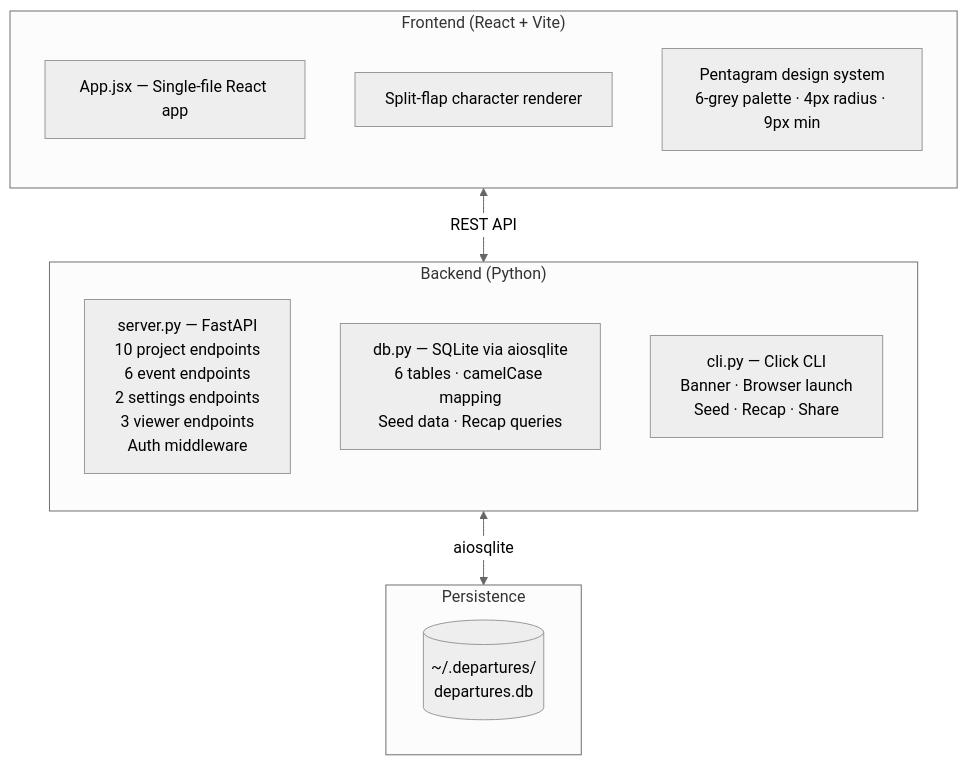
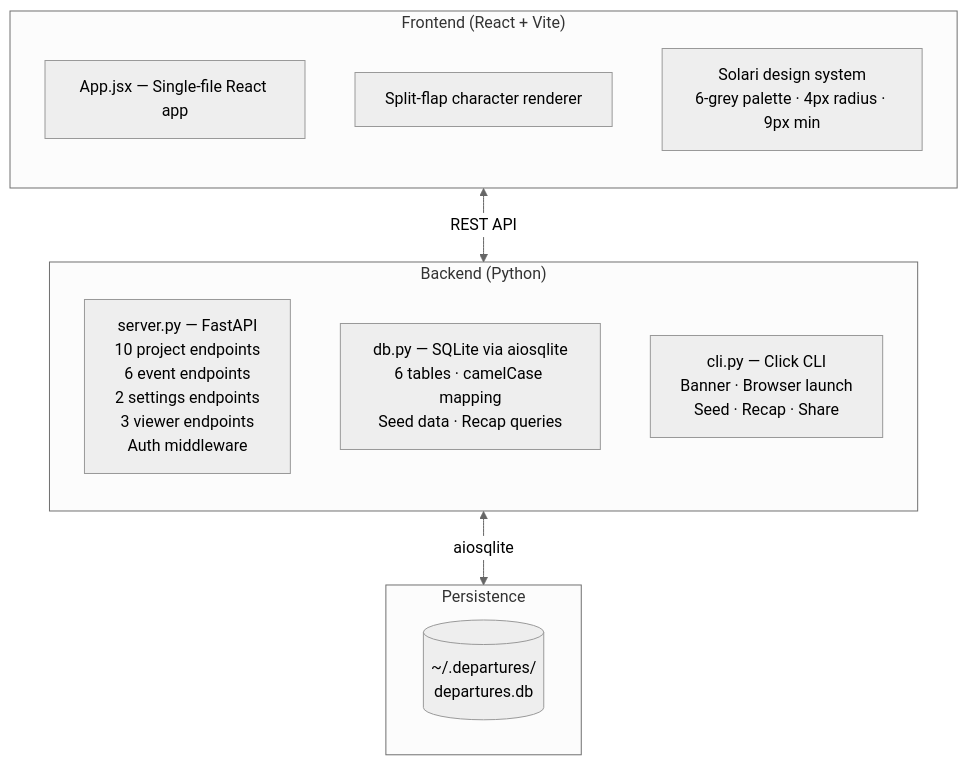
One commit to JosephOIbrahim/Slit-Flap changed the seventh of 8 diagrams in README.md. Above: the diagram before and after it, drawn with Mermaid (neutral theme). The commit also changed other lines of this file and 3 other files, not shown here.

First line of the commit message:
Remove all Pentagram references, use original design language

````diff
--- a/README.md
+++ b/README.md
@@ -273,23 +273,23 @@
 ```mermaid
 graph TB
     subgraph Frontend["Frontend (React + Vite)"]
         direction TB
         F1["App.jsx — Single-file React app"]
         F2["Split-flap character renderer"]
-        F3["Pentagram design system\n6-grey palette · 4px radius · 9px min"]
+        F3["Solari design system\n6-grey palette · 4px radius · 9px min"]
     end
     
     subgraph Backend["Backend (Python)"]
         direction TB
         B1["server.py — FastAPI\n10 project endpoints\n6 event endpoints\n2 settings endpoints\n3 viewer endpoints\nAuth middleware"]
         B2["db.py — SQLite via aiosqlite\n6 tables · camelCase mapping\nSeed data · Recap queries"]
         B3["cli.py — Click CLI\nBanner · Browser launch\nSeed · Recap · Share"]
     end
     
     subgraph Storage["Persistence"]
         S1[("~/.departures/\ndepartures.db")]
     end
     
     Frontend <-->|REST API| Backend
     Backend <-->|aiosqlite| Storage
 ```
````
